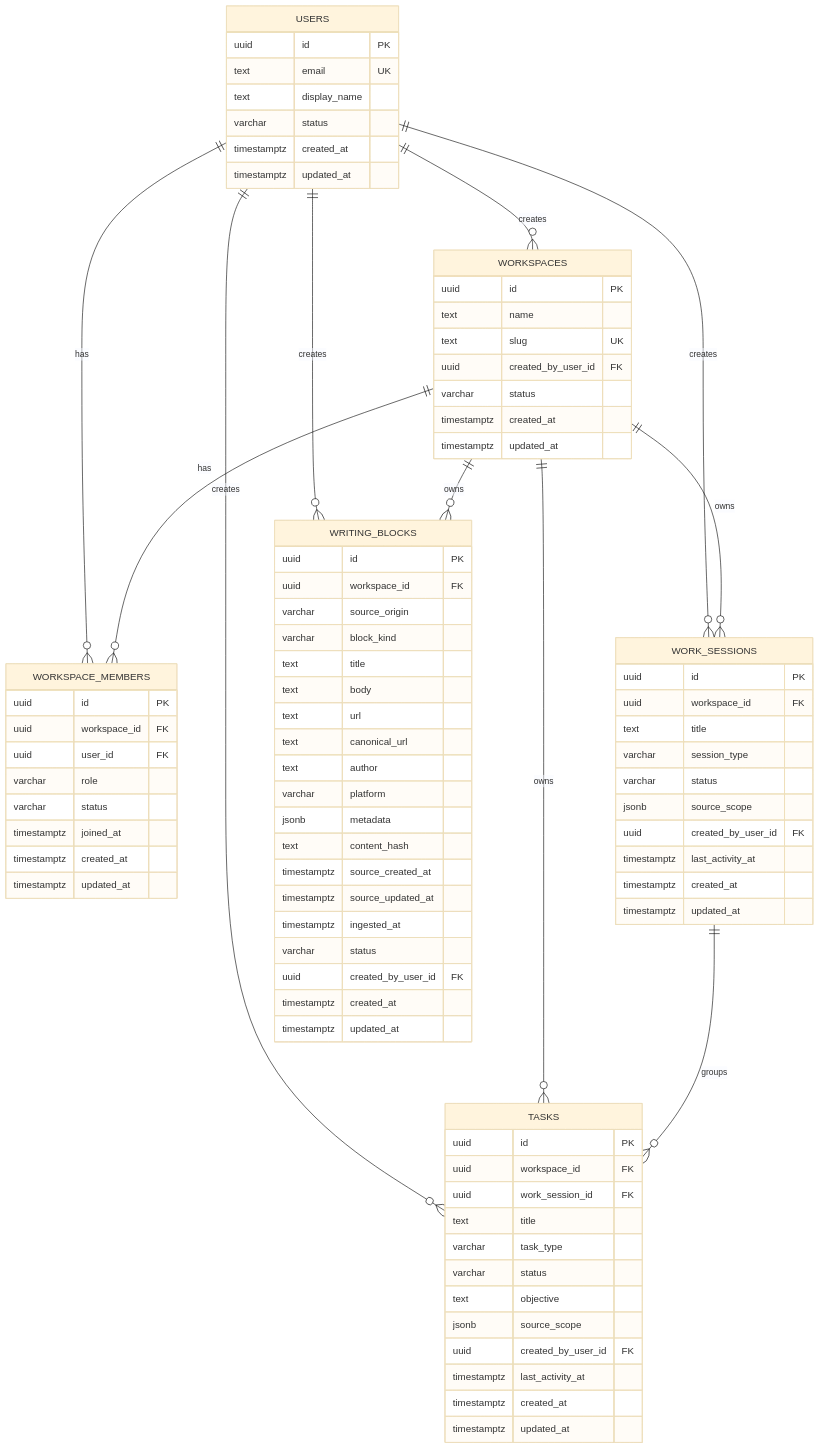
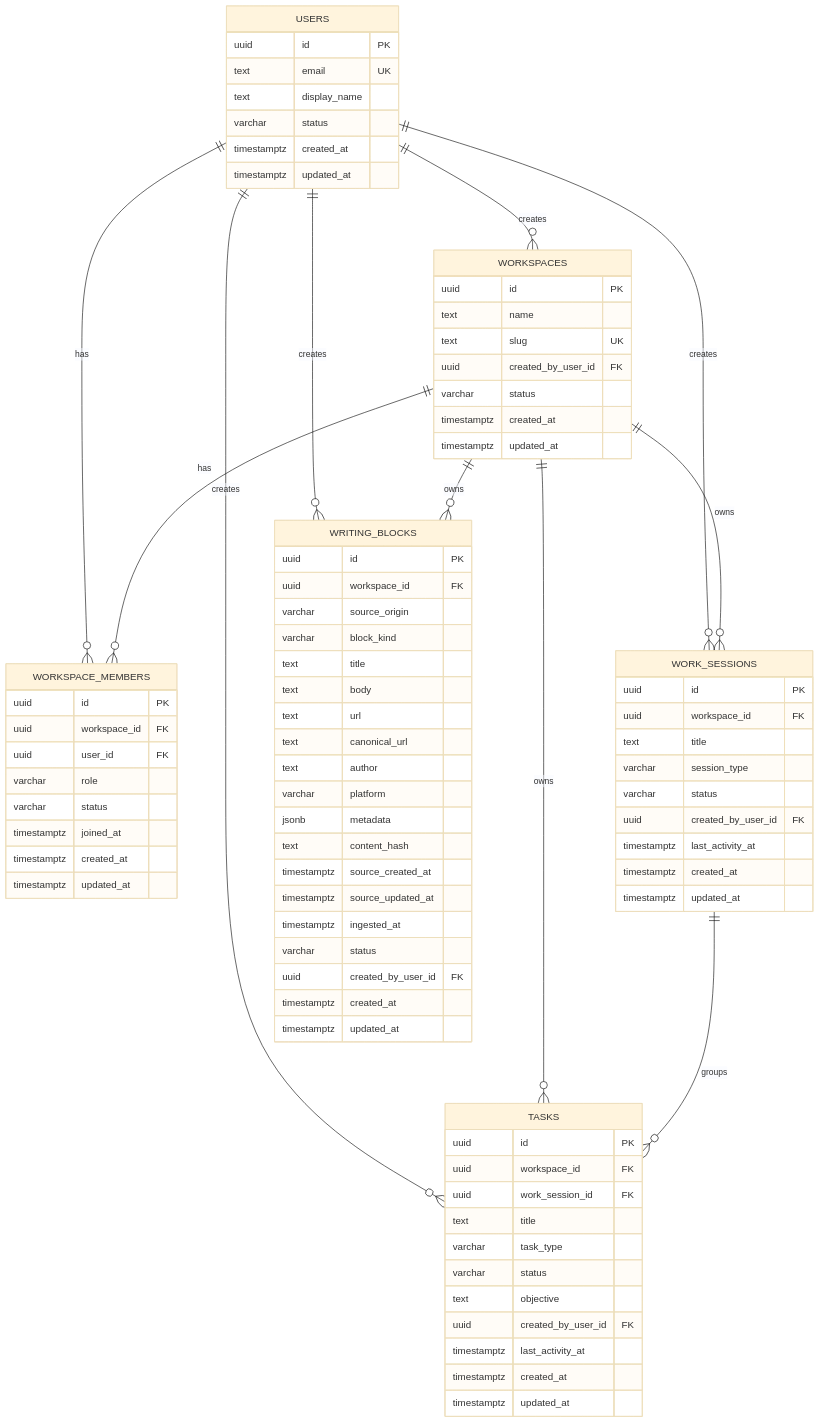
The second of 2 diagrams in docs/specs/2026-07-04-api-domain-foundation-design.md (plot-labs/plot), drawn with Mermaid (base theme) before and after one commit. The commit also changed other lines of this file and 2 other files, not shown here.

Commit message:
docs: remove generic source scope from foundation

```diff
--- a/docs/specs/2026-07-04-api-domain-foundation-design.md
+++ b/docs/specs/2026-07-04-api-domain-foundation-design.md
@@ -265,7 +263,6 @@
         text title
         varchar session_type
         varchar status
-        jsonb source_scope
         uuid created_by_user_id FK
         timestamptz last_activity_at
         timestamptz created_at
@@ -280,7 +277,6 @@
         varchar task_type
         varchar status
         text objective
-        jsonb source_scope
         uuid created_by_user_id FK
         timestamptz last_activity_at
         timestamptz created_at
```
